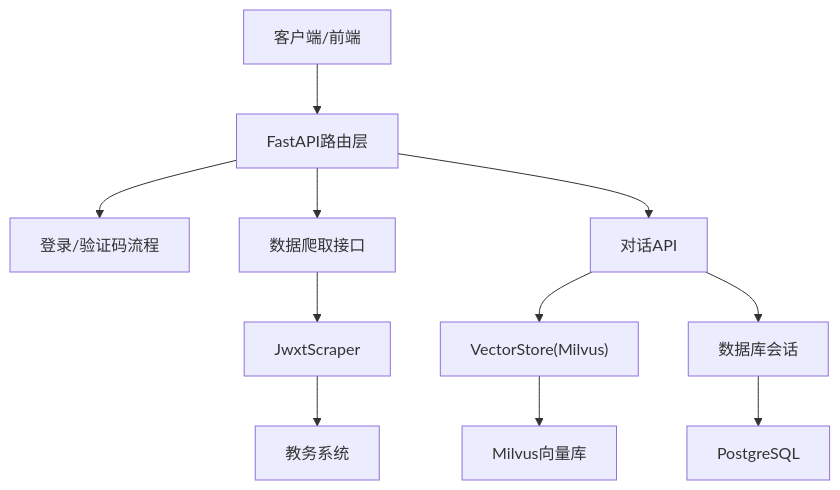
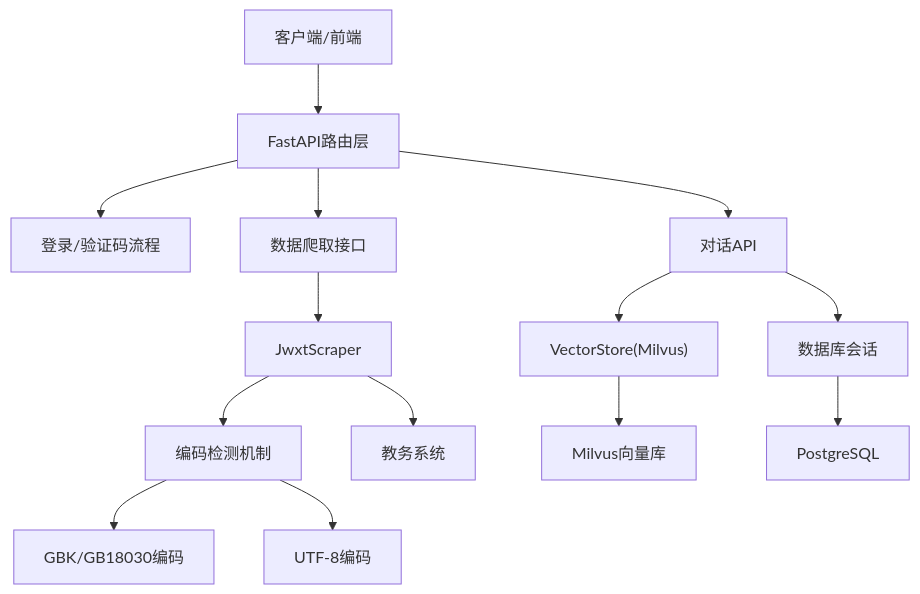
One commit to ghbbn053-ship-itsoulddog/soulddog changed the second of 9 diagrams in .qoder/repowiki/zh/content/开发指南/调试工具/后端调试.md. Above: the diagram before and after it, drawn with Mermaid. The commit also changed other lines of this file and 2 other files, not shown here.

````diff
--- a/.qoder/repowiki/zh/content/开发指南/调试工具/后端调试.md
+++ b/.qoder/repowiki/zh/content/开发指南/调试工具/后端调试.md
@@ -102,13 +114,16 @@
 ```mermaid
 graph TB
 Client["客户端/前端"] --> API["FastAPI路由层"]
 API --> Auth["登录/验证码流程"]
 API --> DataAPI["数据爬取接口"]
 API --> ChatAPI["对话API"]
 DataAPI --> Scraper["JwxtScraper"]
+Scraper --> Encoding["编码检测机制"]
+Scraper --> EduSys["教务系统"]
 ChatAPI --> Vector["VectorStore(Milvus)"]
 ChatAPI --> DB["数据库会话"]
-Scraper --> EduSys["教务系统"]
+Encoding --> GB18030["GBK/GB18030编码"]
+Encoding --> UTF8["UTF-8编码"]
 Vector --> Milvus["Milvus向量库"]
 DB --> Postgres["PostgreSQL"]
 ```
````
